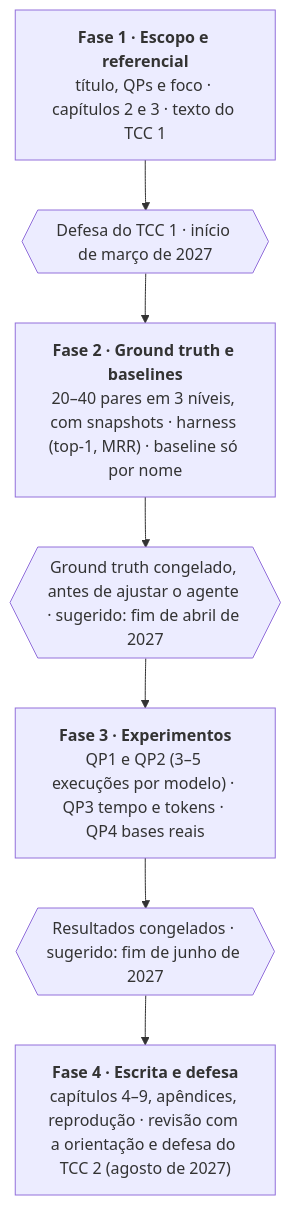
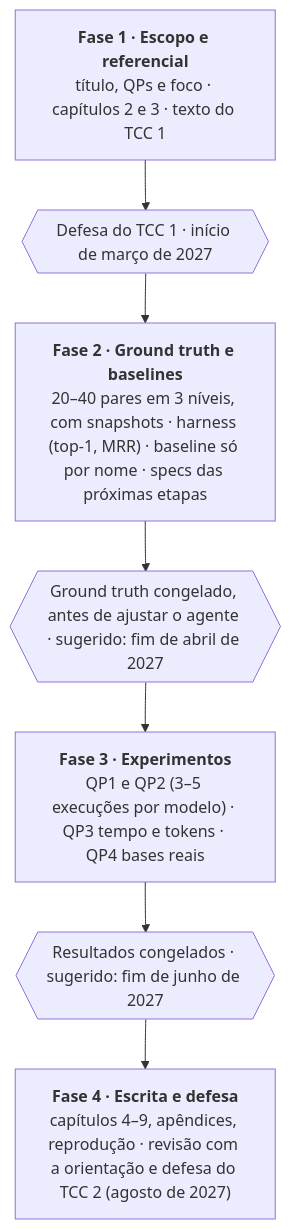
The second of 2 diagrams in docs/tcc/proposta.md (LuizaMaluf/Integracao-de-Dados-com-Modelos-de-Linguagem), drawn with Mermaid before and after one commit. The commit also changed other lines of this file and 3 other files, not shown here.

````diff
--- a/docs/tcc/proposta.md
+++ b/docs/tcc/proposta.md
@@ -182,11 +197,11 @@
 ```mermaid
 flowchart TB
     F1["<b>Fase 1 · Escopo e referencial</b><br/>título, QPs e foco · capítulos 2 e 3 · texto do TCC 1"]
     G1{{"Defesa do TCC 1 · início de março de 2027"}}
-    F2["<b>Fase 2 · Ground truth e baselines</b><br/>20–40 pares em 3 níveis, com snapshots · harness (top-1, MRR) · baseline só por nome"]
+    F2["<b>Fase 2 · Ground truth e baselines</b><br/>20–40 pares em 3 níveis, com snapshots · harness (top-1, MRR) · baseline só por nome · specs das próximas etapas"]
     G2{{"Ground truth congelado, antes de ajustar o agente · sugerido: fim de abril de 2027"}}
     F3["<b>Fase 3 · Experimentos</b><br/>QP1 e QP2 (3–5 execuções por modelo) · QP3 tempo e tokens · QP4 bases reais"]
     G3{{"Resultados congelados · sugerido: fim de junho de 2027"}}
     F4["<b>Fase 4 · Escrita e defesa</b><br/>capítulos 4–9, apêndices, reprodução · revisão com a orientação e defesa do TCC 2 (agosto de 2027)"]
     F1 --> G1 --> F2 --> G2 --> F3 --> G3 --> F4
 ```
````
